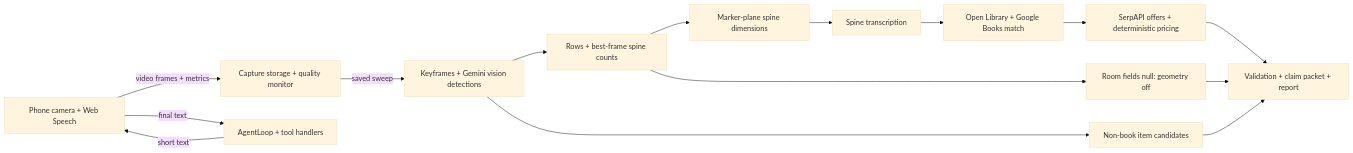
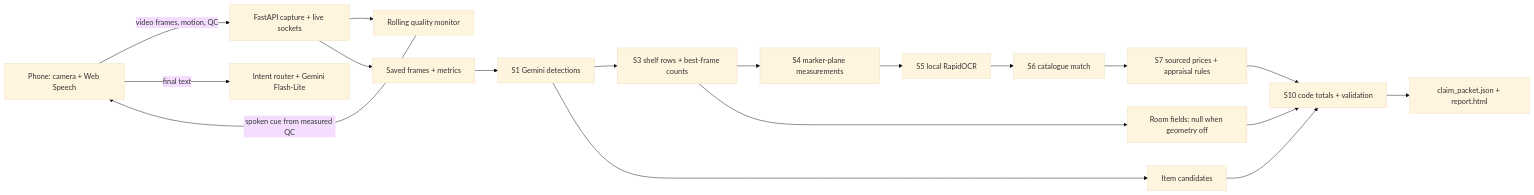
Before and after one commit to Karna2006/shelfclaim: the diagram in docs/architecture.md, drawn with Mermaid (base theme). The commit also changed other lines of this file and 13 other files, not shown here.

Commit message:
feat(identify): make Google Books primary catalogue

````diff
--- a/docs/architecture.md
+++ b/docs/architecture.md
@@ -5,17 +5,20 @@
 ```mermaid
 flowchart LR
-  Phone[Phone camera + Web Speech] -->|video frames + metrics| Capture[Capture storage + quality monitor]
-  Phone -->|final text| Agent[AgentLoop + tool handlers]
-  Agent -->|short text| Phone
-  Capture -->|saved sweep| S1[Keyframes + Gemini vision detections]
-  S1 --> S3[Rows + best-frame spine counts]
-  S3 --> S4[Marker-plane spine dimensions]
-  S4 --> S5[Spine transcription]
-  S5 --> S6[Open Library + Google Books match]
-  S6 --> S7[SerpAPI offers + deterministic pricing]
-  S1 --> S8[Non-book item candidates]
-  S3 --> S9[Room fields null: geometry off]
-  S7 --> S10[Validation + claim packet + report]
-  S8 --> S10
-  S9 --> S10
+  Phone[Phone: camera + Web Speech] -->|video frames, motion, QC| Server[FastAPI capture + live sockets]
+  Phone -->|final text| Agent[Intent router + Gemini Flash-Lite]
+  Server --> Monitor[Rolling quality monitor]
+  Monitor -->|spoken cue from measured QC| Phone
+  Server --> Saved[Saved frames + metrics]
+  Saved --> S1[S1 Gemini detections]
+  S1 --> S3[S3 shelf rows + best-frame counts]
+  S3 --> S4[S4 marker-plane measurements]
+  S4 --> S5[S5 local RapidOCR]
+  S5 --> S6[S6 catalogue match]
+  S6 --> S7[S7 sourced prices + appraisal rules]
+  S1 --> Items[Item candidates]
+  S3 --> Room[Room fields: null when geometry off]
+  S7 --> S10[S10 code totals + validation]
+  Items --> S10
+  Room --> S10
+  S10 --> Report[claim_packet.json + report.html]
 ```
````
